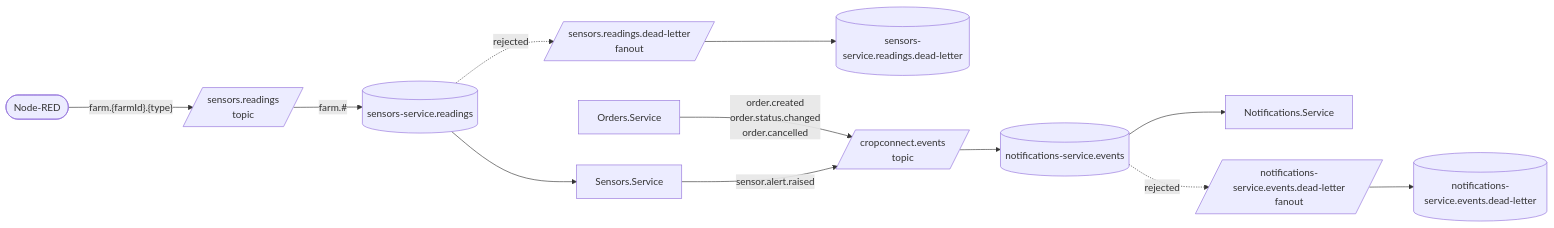
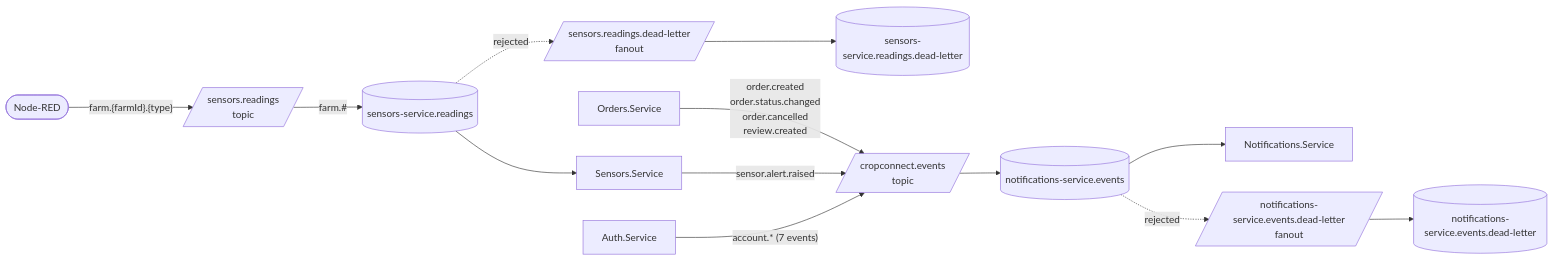
Before and after one commit to brndz1/CropConnect: the diagram in docs/messaging.md, drawn with Mermaid. The commit also changed other lines of this file and 10 other files, not shown here.

First line of the commit message:
docs: Bring the docs up to date with the account events, Redis and the auth RPCs

````diff
--- a/docs/messaging.md
+++ b/docs/messaging.md
@@ -7,13 +7,14 @@
 ```mermaid
 flowchart LR
     nr([Node-RED]) -- "farm.{farmId}.{type}" --> rx[/sensors.readings<br/>topic/]
     rx -- "farm.#" --> rq[(sensors-service.readings)]
     rq --> sensors[Sensors.Service]
     rq -. rejected .-> rdlx[/sensors.readings.dead-letter<br/>fanout/] --> rdlq[(sensors-service.readings.dead-letter)]
 
-    orders[Orders.Service] -- "order.created<br/>order.status.changed<br/>order.cancelled" --> ex[/cropconnect.events<br/>topic/]
+    orders[Orders.Service] -- "order.created<br/>order.status.changed<br/>order.cancelled<br/>review.created" --> ex[/cropconnect.events<br/>topic/]
     sensors -- sensor.alert.raised --> ex
+    auth[Auth.Service] -- "account.* (7 events)" --> ex
     ex --> nq[(notifications-service.events)]
     nq --> notif[Notifications.Service]
     nq -. rejected .-> ndlx[/notifications-service.events.dead-letter<br/>fanout/] --> ndlq[(notifications-service.events.dead-letter)]
 ```
````
